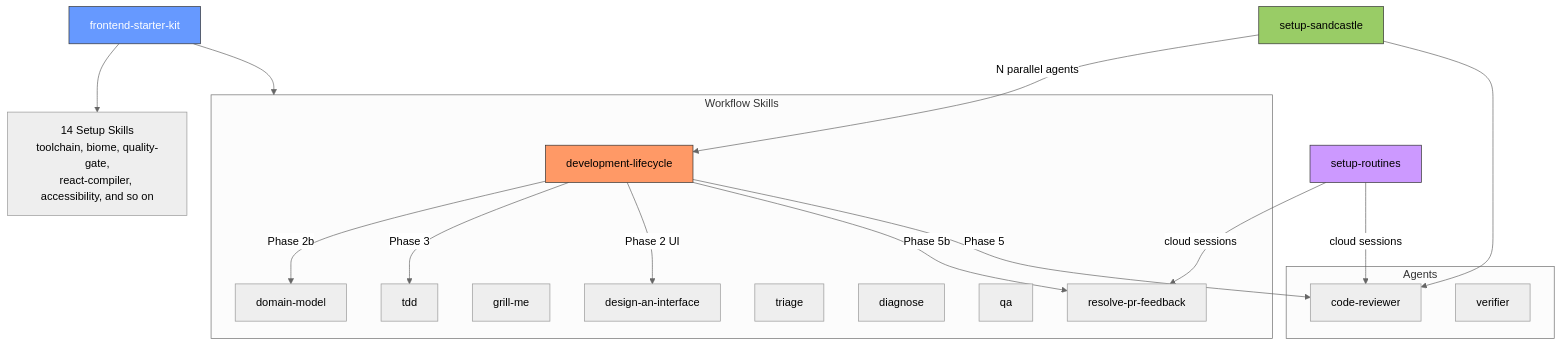
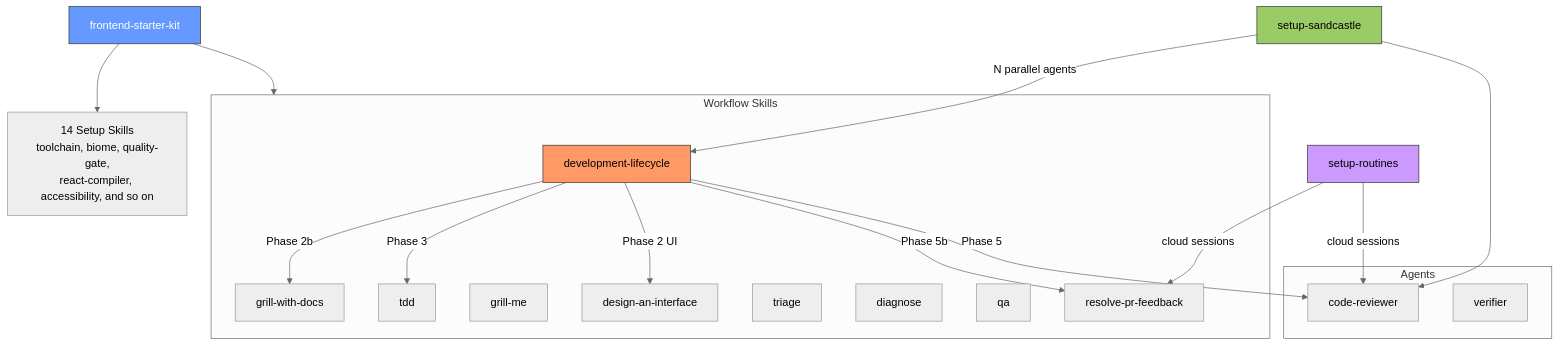
Before and after one commit to malinskibeniamin/skills: the fifth of 6 diagrams in README.md, drawn with Mermaid (neutral theme). The commit also changed other lines of this file and 1 other file, not shown here.

````diff
--- a/README.md
+++ b/README.md
@@ -982,44 +983,44 @@
 ```mermaid
 graph TD
     FSK["frontend-starter-kit"]
     Setup["14 Setup Skills\ntoolchain, biome, quality-gate,\nreact-compiler, accessibility, and so on"]
     SC[setup-sandcastle]
     RT[setup-routines]
 
     subgraph Workflow["Workflow Skills"]
         DL["development-lifecycle"]
         TDD[tdd]
-        DM[domain-model]
+        DM[grill-with-docs]
         GM[grill-me]
         DAI[design-an-interface]
         TR[triage]
         DIAG[diagnose]
         QA[qa]
         RPF[resolve-pr-feedback]
     end
 
     subgraph Agents
         CR[code-reviewer]
         VER[verifier]
     end
 
     FSK --> Setup
     FSK --> Workflow
 
     DL -- "Phase 2b" --> DM
     DL -- "Phase 3" --> TDD
     DL -- "Phase 2 UI" --> DAI
     DL -- "Phase 5b" --> RPF
     DL -- "Phase 5" --> CR
 
     SC -- "N parallel agents" --> DL
     SC --> CR
 
     RT -- "cloud sessions" --> RPF
     RT -- "cloud sessions" --> CR
 
     style DL fill:#f96,stroke:#333,color:#000
     style FSK fill:#69f,stroke:#333,color:#fff
     style SC fill:#9c6,stroke:#333,color:#000
     style RT fill:#c9f,stroke:#333,color:#000
 ```
````
